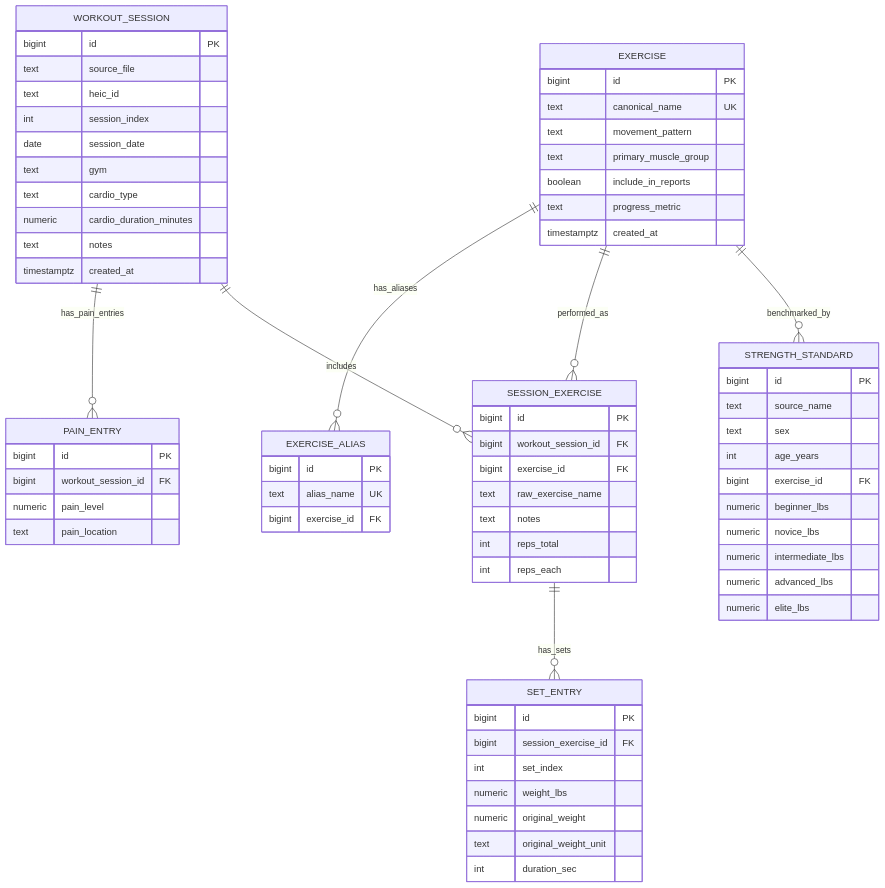
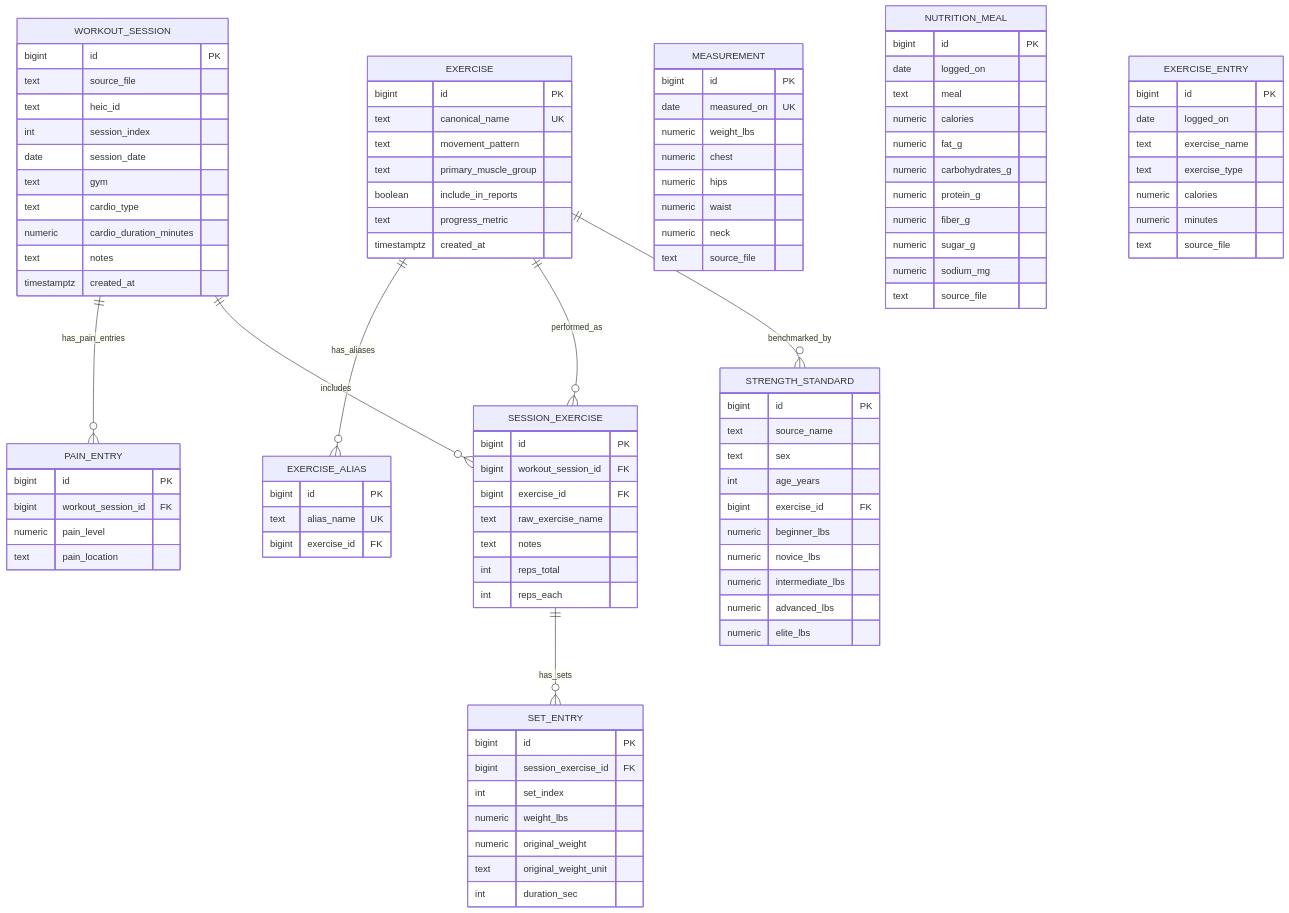
Before and after one commit to katefike/olympic_training: the diagram in docs/schema.mmd, drawn with Mermaid. The commit also changed 9 other files, not shown here.

```diff
--- a/docs/schema.mmd
+++ b/docs/schema.mmd
@@ -1,76 +1,111 @@
 erDiagram
     EXERCISE {
         bigint id PK
         text canonical_name UK
         text movement_pattern
         text primary_muscle_group
         boolean include_in_reports
         text progress_metric
         timestamptz created_at
     }
 
     EXERCISE_ALIAS {
         bigint id PK
         text alias_name UK
         bigint exercise_id FK
     }
 
     WORKOUT_SESSION {
         bigint id PK
         text source_file
         text heic_id
         int session_index
         date session_date
         text gym
         text cardio_type
         numeric cardio_duration_minutes
         text notes
         timestamptz created_at
     }
 
     PAIN_ENTRY {
         bigint id PK
         bigint workout_session_id FK
         numeric pain_level
         text pain_location
     }
 
     SESSION_EXERCISE {
         bigint id PK
         bigint workout_session_id FK
         bigint exercise_id FK
         text raw_exercise_name
         text notes
         int reps_total
         int reps_each
     }
 
     SET_ENTRY {
         bigint id PK
         bigint session_exercise_id FK
         int set_index
         numeric weight_lbs
         numeric original_weight
         text original_weight_unit
         int duration_sec
     }
 
     STRENGTH_STANDARD {
         bigint id PK
         text source_name
         text sex
         int age_years
         bigint exercise_id FK
         numeric beginner_lbs
         numeric novice_lbs
         numeric intermediate_lbs
         numeric advanced_lbs
         numeric elite_lbs
     }
 
     EXERCISE ||--o{ EXERCISE_ALIAS : has_aliases
     WORKOUT_SESSION ||--o{ PAIN_ENTRY : has_pain_entries
     WORKOUT_SESSION ||--o{ SESSION_EXERCISE : includes
     EXERCISE ||--o{ SESSION_EXERCISE : performed_as
     SESSION_EXERCISE ||--o{ SET_ENTRY : has_sets
     EXERCISE ||--o{ STRENGTH_STANDARD : benchmarked_by
+
+    MEASUREMENT {
+        bigint id PK
+        date measured_on UK
+        numeric weight_lbs
+        numeric chest
+        numeric hips
+        numeric waist
+        numeric neck
+        text source_file
+    }
+
+    NUTRITION_MEAL {
+        bigint id PK
+        date logged_on
+        text meal
+        numeric calories
+        numeric fat_g
+        numeric carbohydrates_g
+        numeric protein_g
+        numeric fiber_g
+        numeric sugar_g
+        numeric sodium_mg
+        text source_file
+    }
+
+    EXERCISE_ENTRY {
+        bigint id PK
+        date logged_on
+        text exercise_name
+        text exercise_type
+        numeric calories
+        numeric minutes
+        text source_file
+    }
```
